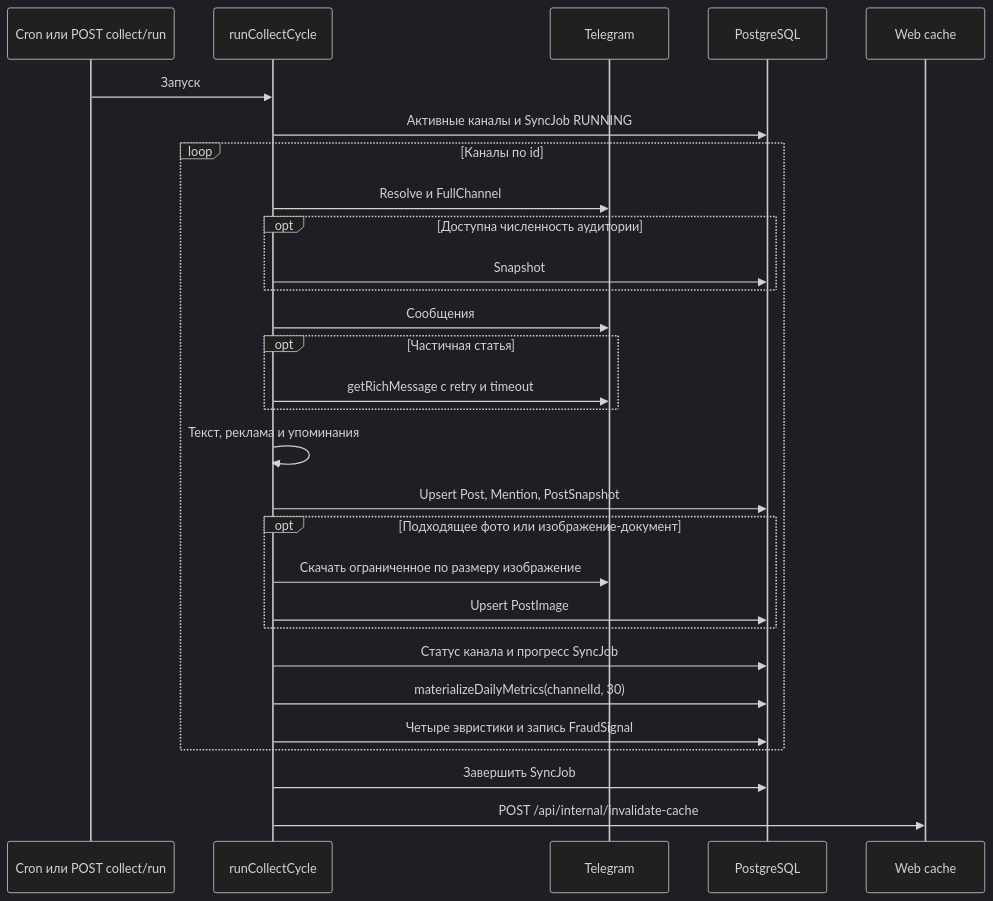
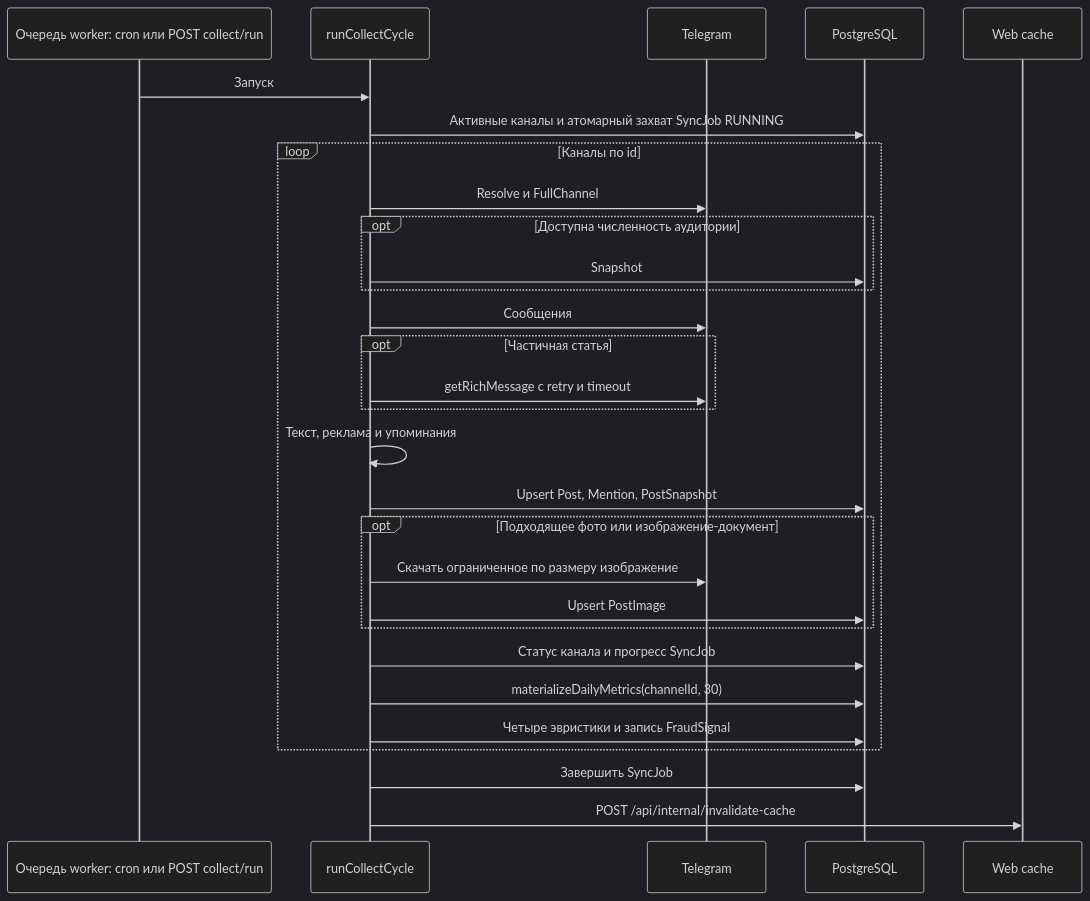
One commit to liquidsyntes/tg_mons changed the second of 2 diagrams in docs/architecture.md. Above: the diagram before and after it, drawn with Mermaid (dark theme). The commit also changed other lines of this file and 24 other files, not shown here.

````diff
--- a/docs/architecture.md
+++ b/docs/architecture.md
@@ -66,31 +68,31 @@
 ```mermaid
 sequenceDiagram
-    participant S as Cron или POST collect/run
+    participant S as Очередь worker: cron или POST collect/run
     participant C as runCollectCycle
     participant T as Telegram
     participant D as PostgreSQL
     participant W as Web cache
     S->>C: Запуск
-    C->>D: Активные каналы и SyncJob RUNNING
+    C->>D: Активные каналы и атомарный захват SyncJob RUNNING
     loop Каналы по id
         C->>T: Resolve и FullChannel
         opt Доступна численность аудитории
             C->>D: Snapshot
         end
         C->>T: Сообщения
         opt Частичная статья
             C->>T: getRichMessage с retry и timeout
         end
         C->>C: Текст, реклама и упоминания
         C->>D: Upsert Post, Mention, PostSnapshot
         opt Подходящее фото или изображение-документ
             C->>T: Скачать ограниченное по размеру изображение
             C->>D: Upsert PostImage
         end
         C->>D: Статус канала и прогресс SyncJob
         C->>D: materializeDailyMetrics(channelId, 30)
         C->>D: Четыре эвристики и запись FraudSignal
     end
     C->>D: Завершить SyncJob
     C->>W: POST /api/internal/invalidate-cache
 ```
````
